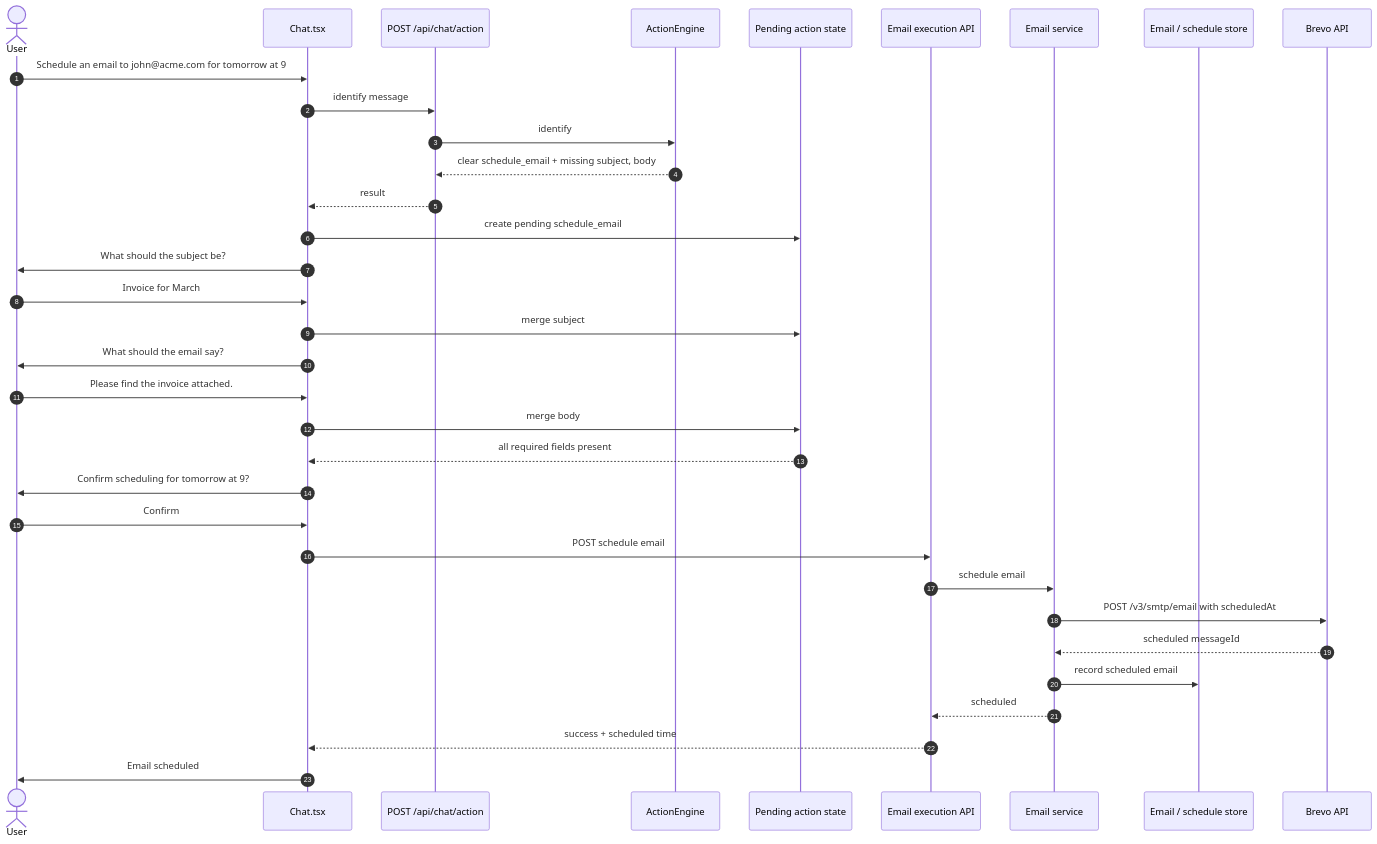
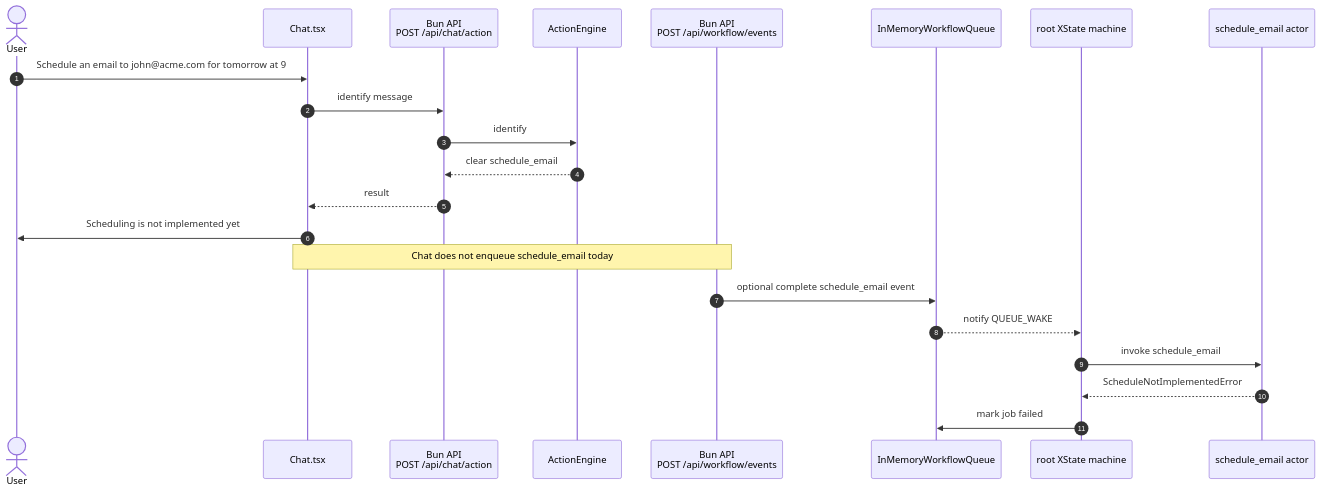
The seventh of 10 diagrams in docs/SYSTEM_DIAGRAM.md (ranjitd-sys/Workflow), drawn with Mermaid before and after one commit. The commit also changed other lines of this file and 48 other files, not shown here.

````diff
--- a/docs/SYSTEM_DIAGRAM.md
+++ b/docs/SYSTEM_DIAGRAM.md
@@ -243,41 +364,26 @@
 ```mermaid
 sequenceDiagram
   autonumber
   actor User
   participant Chat as Chat.tsx
-  participant API as POST /api/chat/action
+  participant ActionAPI as Bun API<br/>POST /api/chat/action
   participant Engine as ActionEngine
-  participant State as Pending action state
-  participant EmailAPI as Email execution API
-  participant Email as Email service
-  participant Store as Email / schedule store
-  participant Brevo as Brevo API
+  participant WorkflowAPI as Bun API<br/>POST /api/workflow/events
+  participant Queue as InMemoryWorkflowQueue
+  participant Root as root XState machine
+  participant ScheduleActor as schedule_email actor
 
   User->>Chat: Schedule an email to john@acme.com for tomorrow at 9
-  Chat->>API: identify message
-  API->>Engine: identify
-  Engine-->>API: clear schedule_email + missing subject, body
-  API-->>Chat: result
-  Chat->>State: create pending schedule_email
+  Chat->>ActionAPI: identify message
+  ActionAPI->>Engine: identify
+  Engine-->>ActionAPI: clear schedule_email
+  ActionAPI-->>Chat: result
+  Chat->>User: Scheduling is not implemented yet
 
-  Chat->>User: What should the subject be?
-  User->>Chat: Invoice for March
-  Chat->>State: merge subject
-
-  Chat->>User: What should the email say?
-  User->>Chat: Please find the invoice attached.
-  Chat->>State: merge body
-
-  State-->>Chat: all required fields present
-  Chat->>User: Confirm scheduling for tomorrow at 9?
-  User->>Chat: Confirm
-
-  Chat->>EmailAPI: POST schedule email
-  EmailAPI->>Email: schedule email
-  Email->>Brevo: POST /v3/smtp/email with scheduledAt
-  Brevo-->>Email: scheduled messageId
-  Email->>Store: record scheduled email
-  Email-->>EmailAPI: scheduled
-  EmailAPI-->>Chat: success + scheduled time
-  Chat->>User: Email scheduled
+  Note over Chat,WorkflowAPI: Chat does not enqueue schedule_email today
+  WorkflowAPI->>Queue: optional complete schedule_email event
+  Queue-->>Root: notify QUEUE_WAKE
+  Root->>ScheduleActor: invoke schedule_email
+  ScheduleActor-->>Root: ScheduleNotImplementedError
+  Root->>Queue: mark job failed
 ```
````
